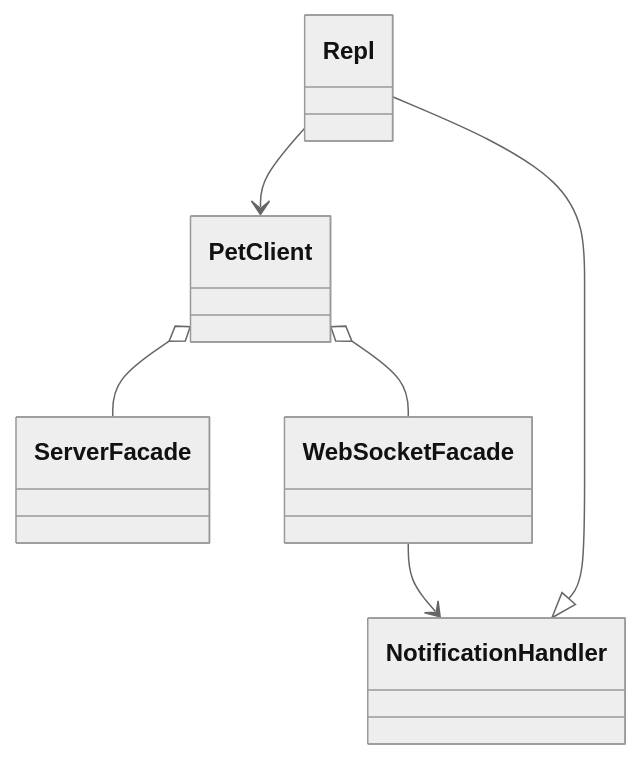
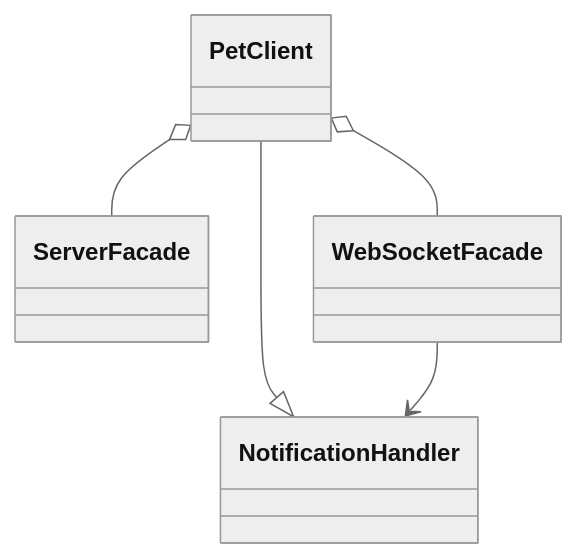
The first of 3 diagrams in petshop/petshop.md (softwareconstruction240/softwareconstruction), drawn with Mermaid (neutral theme) before and after one commit. The commit also changed other lines of this file and 4 other files, not shown here.

````diff
--- a/petshop/petshop.md
+++ b/petshop/petshop.md
@@ -41,8 +41,7 @@
 ```mermaid
 classDiagram
-    Repl-->PetClient
-    Repl--|> NotificationHandler
+    PetClient--|> NotificationHandler
     PetClient o-- ServerFacade
     PetClient o-- WebSocketFacade
     WebSocketFacade-->NotificationHandler
 ```
````
